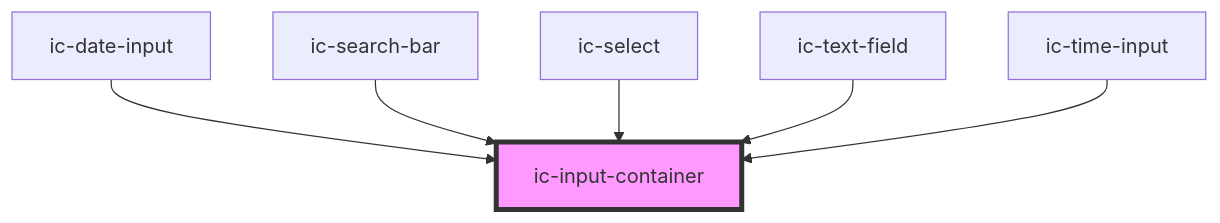
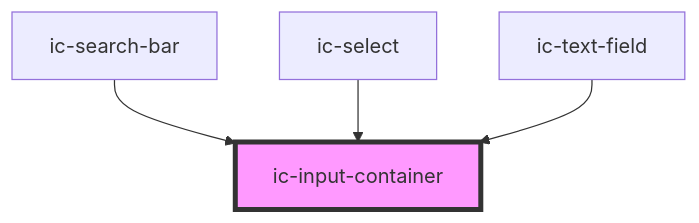
Before and after one commit to mi6/ic-ui-kit: the diagram in packages/web-components/src/components/ic-input-container/readme.md, drawn with Mermaid. The commit also changed other lines of this file and 134 other files, not shown here.

````diff
--- a/packages/web-components/src/components/ic-input-container/readme.md
+++ b/packages/web-components/src/components/ic-input-container/readme.md
@@ -28,9 +25,7 @@
 ```mermaid
 graph TD;
-  ic-date-input --> ic-input-container
   ic-search-bar --> ic-input-container
   ic-select --> ic-input-container
   ic-text-field --> ic-input-container
-  ic-time-input --> ic-input-container
   style ic-input-container fill:#f9f,stroke:#333,stroke-width:4px
 ```
````
